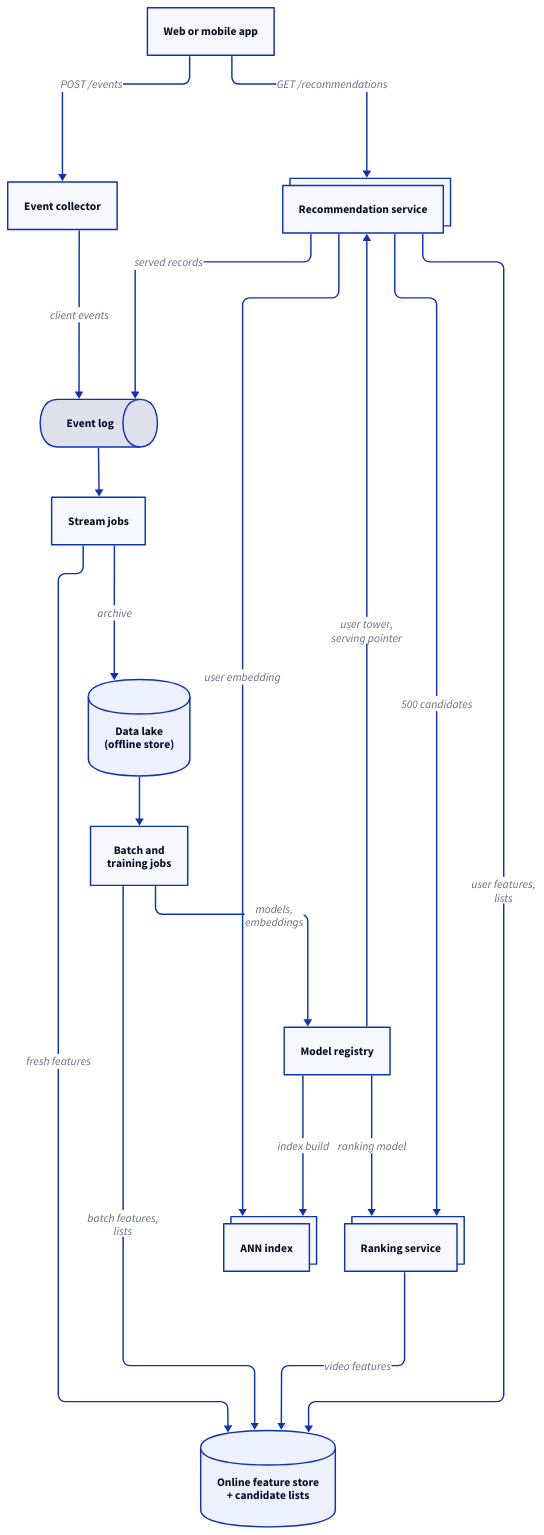
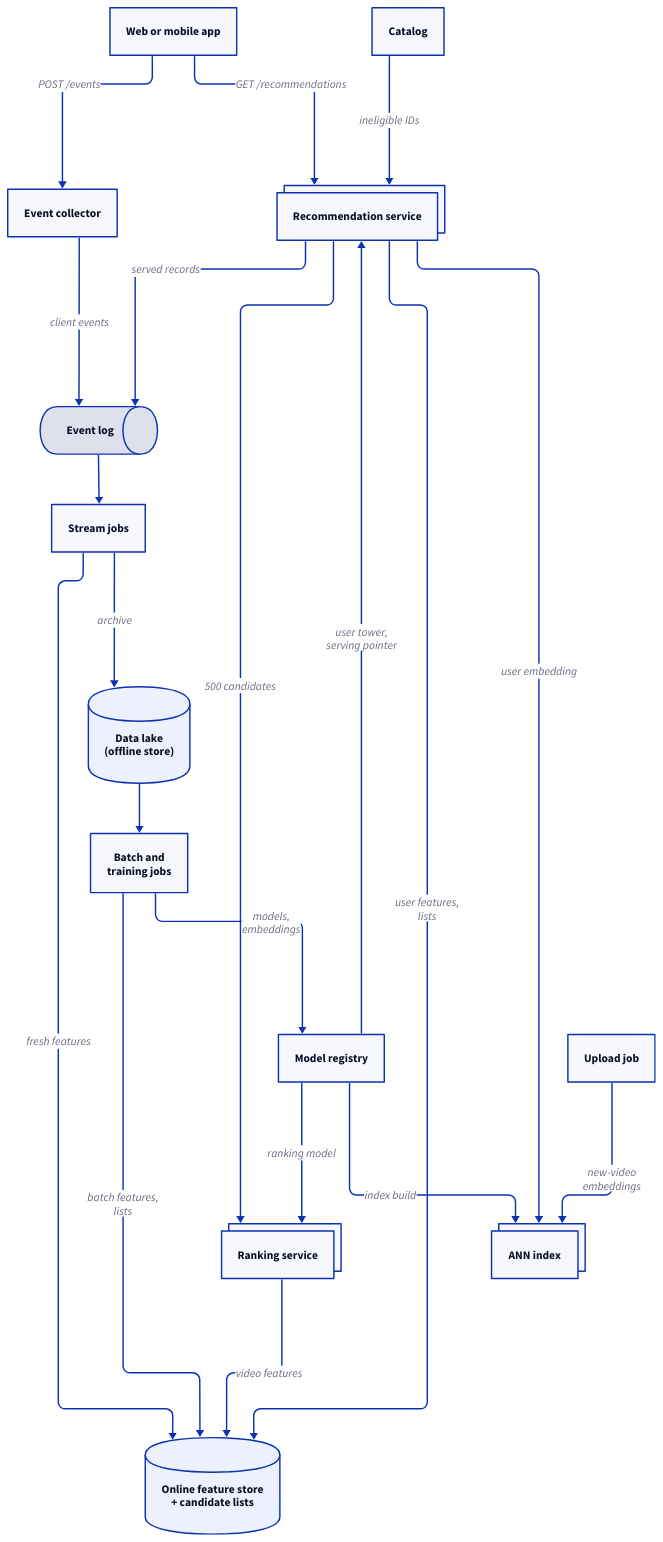
One commit to enbattle/til changed the diagram in src/system-design/diagrams/recommendation-system/architecture.d2. Above: the diagram before and after it, drawn with D2. The commit also changed 16 other files, not shown here.

```diff
--- a/src/system-design/diagrams/recommendation-system/architecture.d2
+++ b/src/system-design/diagrams/recommendation-system/architecture.d2
@@ -1,53 +1,57 @@
 # High-level architecture of the recommendation system. The serving path
 # retrieves candidates from the ANN index and candidate lists, ranks them with
 # features from the online feature store, and logs what it served. The
 # learning path turns logged events into fresh features, offline history,
 # retrained models and rebuilt indexes.
 vars: {
   d2-config: {
     layout-engine: elk
   }
 }
 direction: down
 
 client: Web or mobile app
 svc: Recommendation service {
   style.multiple: true
 }
 ann: ANN index {
   style.multiple: true
 }
 rank: Ranking service {
   style.multiple: true
 }
 fs: "Online feature store\n+ candidate lists" {
   shape: cylinder
 }
 collector: Event collector
 log: Event log {
   shape: queue
 }
 stream: Stream jobs
 lake: "Data lake\n(offline store)" {
   shape: cylinder
 }
 batch: "Batch and\ntraining jobs"
 registry: Model registry
+upload: Upload job
+catalog: Catalog
 
 client -> svc: "GET /recommendations"
 client -> collector: "POST /events"
 svc -> fs: "user features,\nlists"
 svc -> ann: "user embedding"
 svc -> rank: "500 candidates"
 rank -> fs: "video features"
 svc -> log: "served records"
 collector -> log: "client events"
 log -> stream
 stream -> fs: "fresh features"
 stream -> lake: "archive"
 lake -> batch
 batch -> fs: "batch features,\nlists"
 batch -> registry: "models,\nembeddings"
 registry -> rank: "ranking model"
 registry -> ann: "index build"
 registry -> svc: "user tower,\nserving pointer"
+upload -> ann: "new-video\nembeddings"
+catalog -> svc: "ineligible IDs"
```
